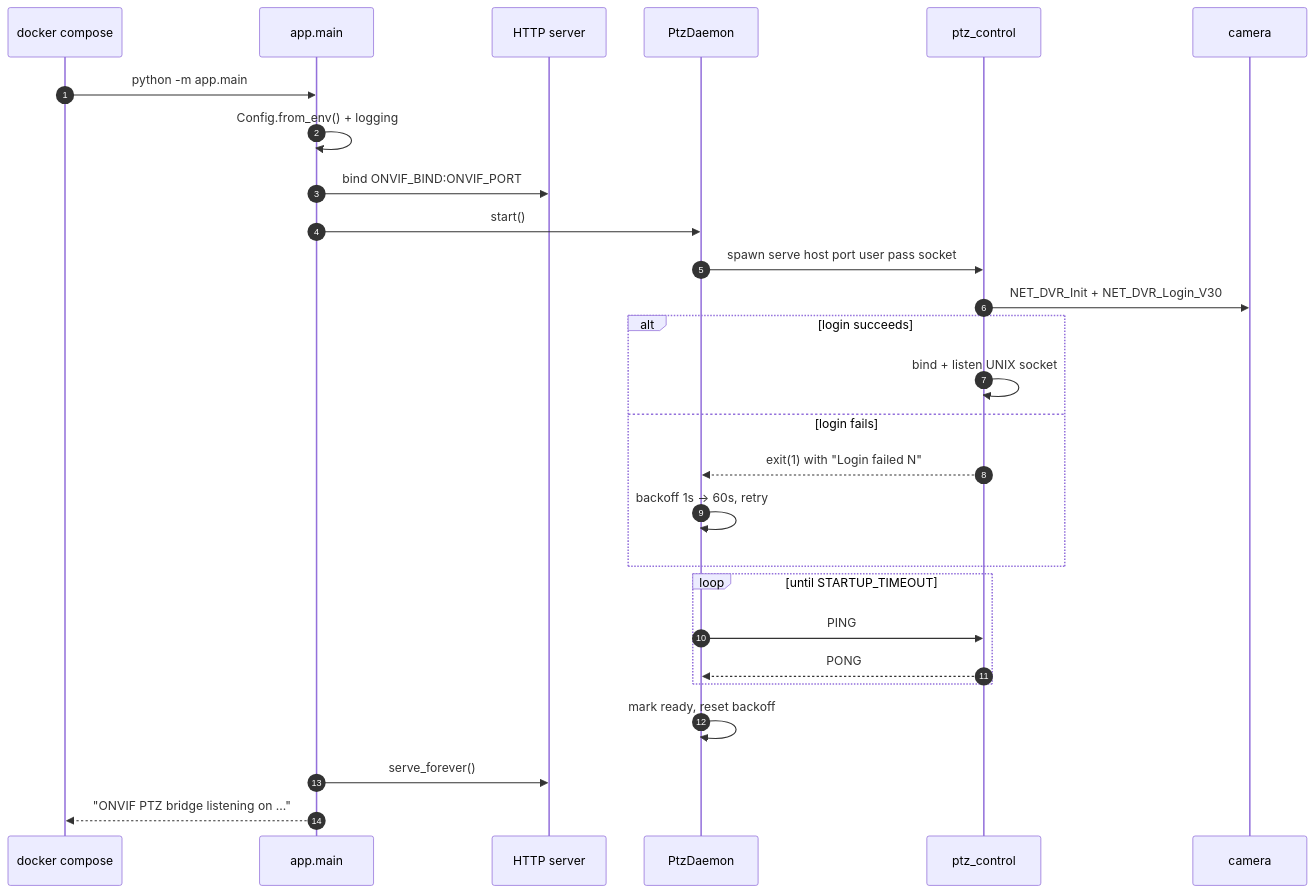
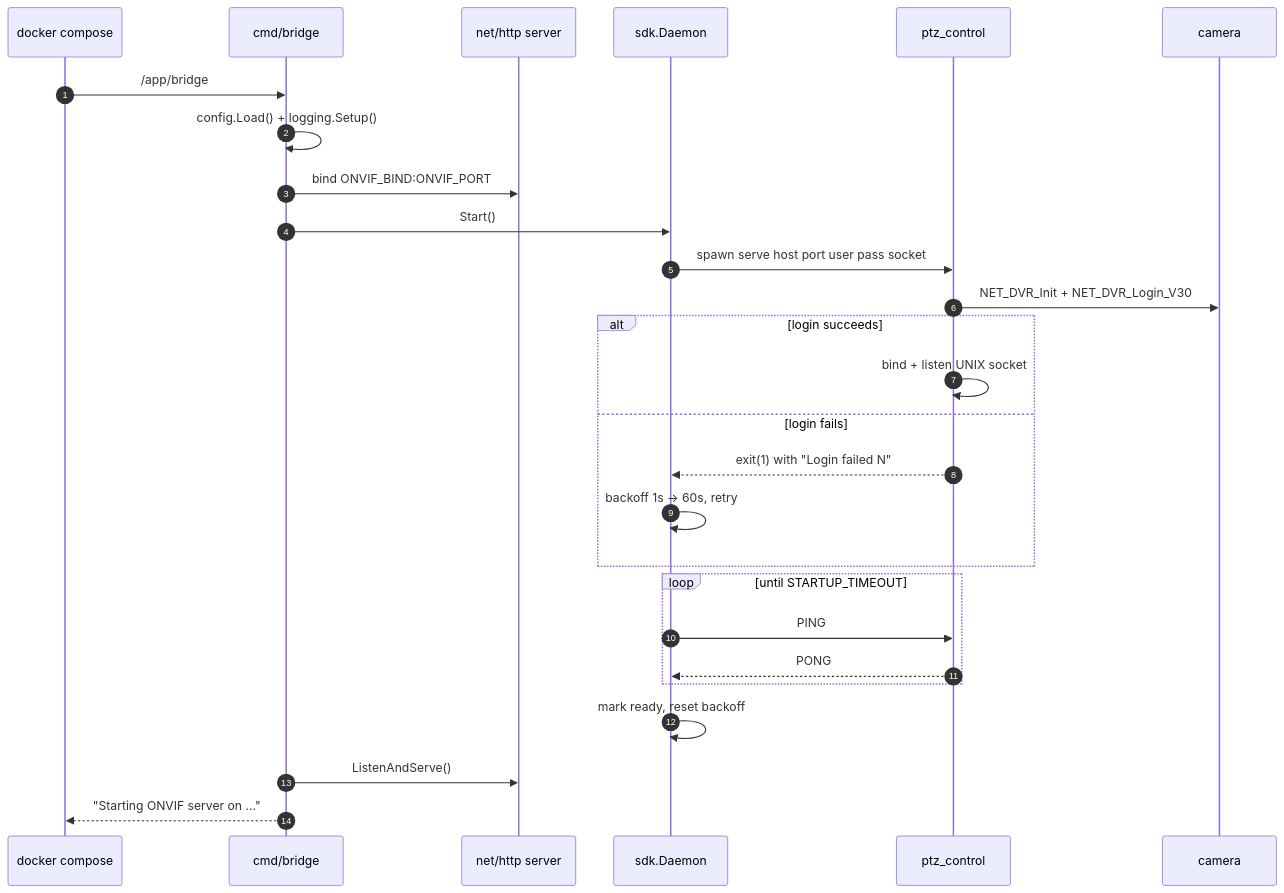
The fourth of 11 diagrams in ARCHITECTURE.md (mabbas007/ezviz-ptz), drawn with Mermaid before and after one commit. The commit also changed other lines of this file and 40 other files, not shown here.

First line of the commit message:
Port the ONVIF bridge from Python to Go

````diff
--- a/ARCHITECTURE.md
+++ b/ARCHITECTURE.md
@@ -206,30 +211,30 @@
 ```mermaid
 sequenceDiagram
     autonumber
     participant DC as docker compose
-    participant M as app.main
-    participant H as HTTP server
-    participant D as PtzDaemon
+    participant M as cmd/bridge
+    participant H as net/http server
+    participant D as sdk.Daemon
     participant B as ptz_control
     participant C as camera
 
-    DC->>M: python -m app.main
-    M->>M: Config.from_env() + logging
+    DC->>M: /app/bridge
+    M->>M: config.Load() + logging.Setup()
     M->>H: bind ONVIF_BIND:ONVIF_PORT
-    M->>D: start()
+    M->>D: Start()
     D->>B: spawn serve host port user pass socket
     B->>C: NET_DVR_Init + NET_DVR_Login_V30
     alt login succeeds
         B->>B: bind + listen UNIX socket
     else login fails
         B-->>D: exit(1) with "Login failed N"
         D->>D: backoff 1s → 60s, retry
     end
     loop until STARTUP_TIMEOUT
         D->>B: PING
         B-->>D: PONG
     end
     D->>D: mark ready, reset backoff
-    M->>H: serve_forever()
-    M-->>DC: "ONVIF PTZ bridge listening on ..."
+    M->>H: ListenAndServe()
+    M-->>DC: "Starting ONVIF server on ..."
 ```
````
